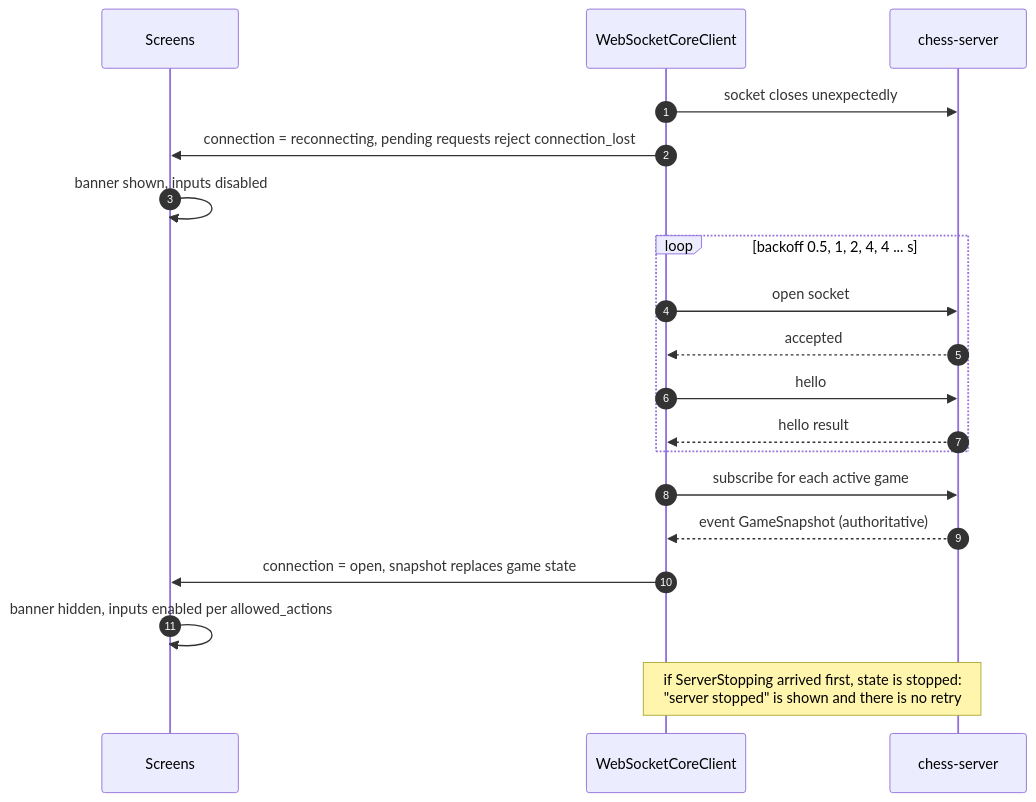
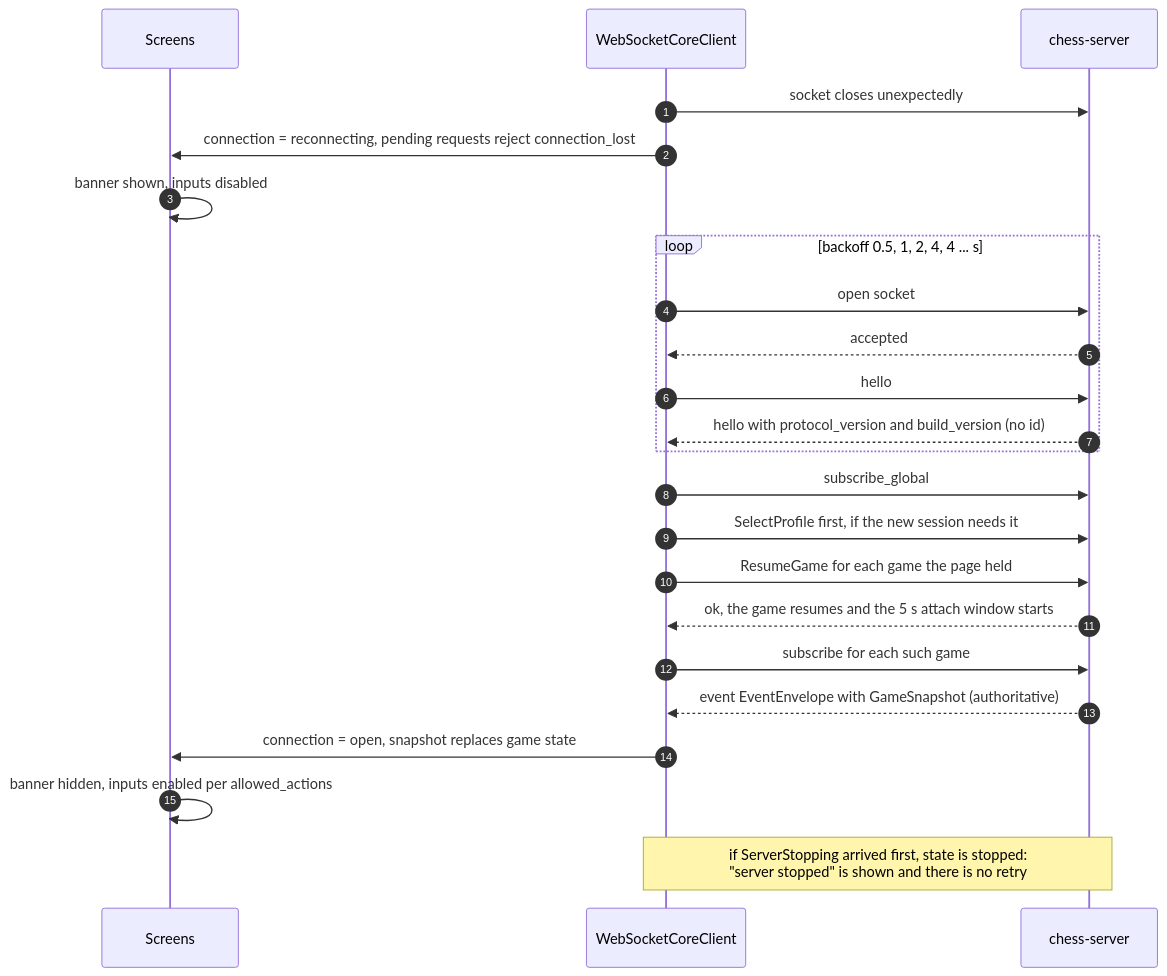
The fifth of 7 diagrams in docs/design/SDD-ui.md (bprascher/chess), drawn with Mermaid before and after one commit. The commit also changed other lines of this file and 17 other files, not shown here.

First line of the commit message:
Apply architecture addendum B and C to the SDDs and add the v0.4 consistency pass

````diff
--- a/docs/design/SDD-ui.md
+++ b/docs/design/SDD-ui.md
@@ -278,21 +280,25 @@
 ```mermaid
 sequenceDiagram
     autonumber
     participant UI as Screens
     participant W as WebSocketCoreClient
     participant S as chess-server
     W->>S: socket closes unexpectedly
     W->>UI: connection = reconnecting, pending requests reject connection_lost
     UI->>UI: banner shown, inputs disabled
     loop backoff 0.5, 1, 2, 4, 4 ... s
         W->>S: open socket
         S-->>W: accepted
         W->>S: hello
-        S-->>W: hello result
+        S-->>W: hello with protocol_version and build_version (no id)
     end
-    W->>S: subscribe for each active game
-    S-->>W: event GameSnapshot (authoritative)
+    W->>S: subscribe_global
+    W->>S: SelectProfile first, if the new session needs it
+    W->>S: ResumeGame for each game the page held
+    S-->>W: ok, the game resumes and the 5 s attach window starts
+    W->>S: subscribe for each such game
+    S-->>W: event EventEnvelope with GameSnapshot (authoritative)
     W->>UI: connection = open, snapshot replaces game state
     UI->>UI: banner hidden, inputs enabled per allowed_actions
     Note over W,S: if ServerStopping arrived first, state is stopped:<br/>"server stopped" is shown and there is no retry
 ```
````
